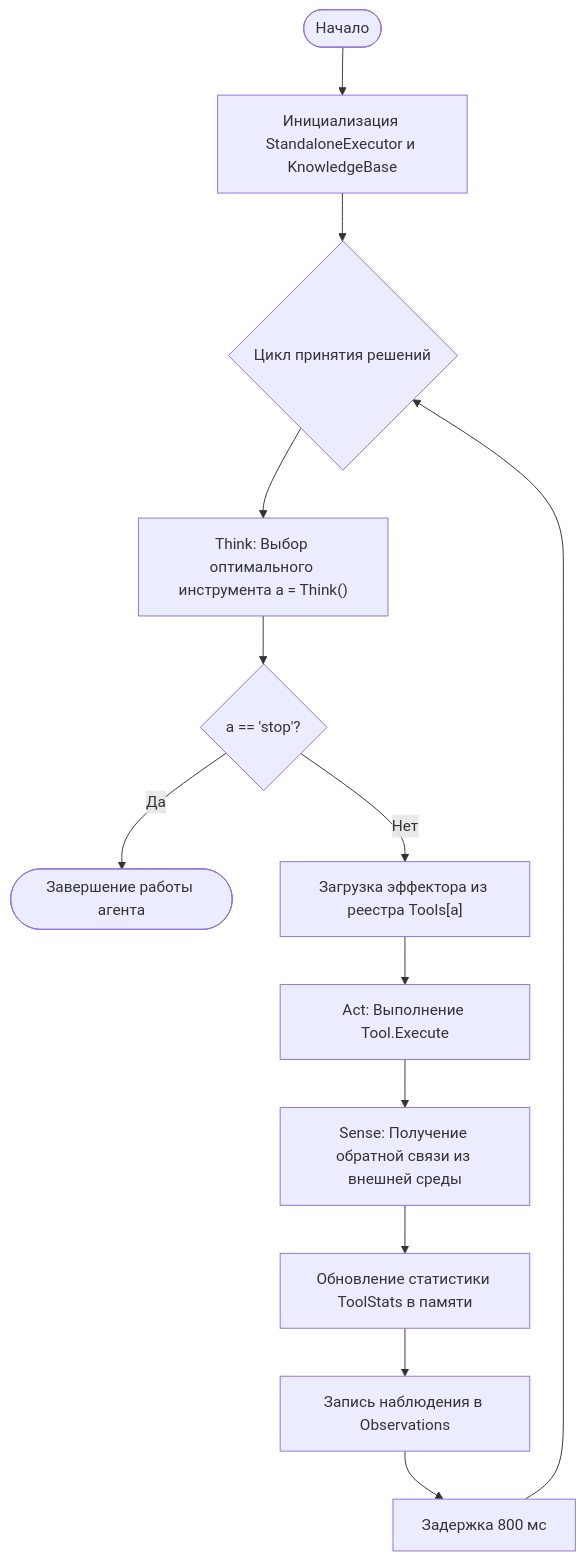
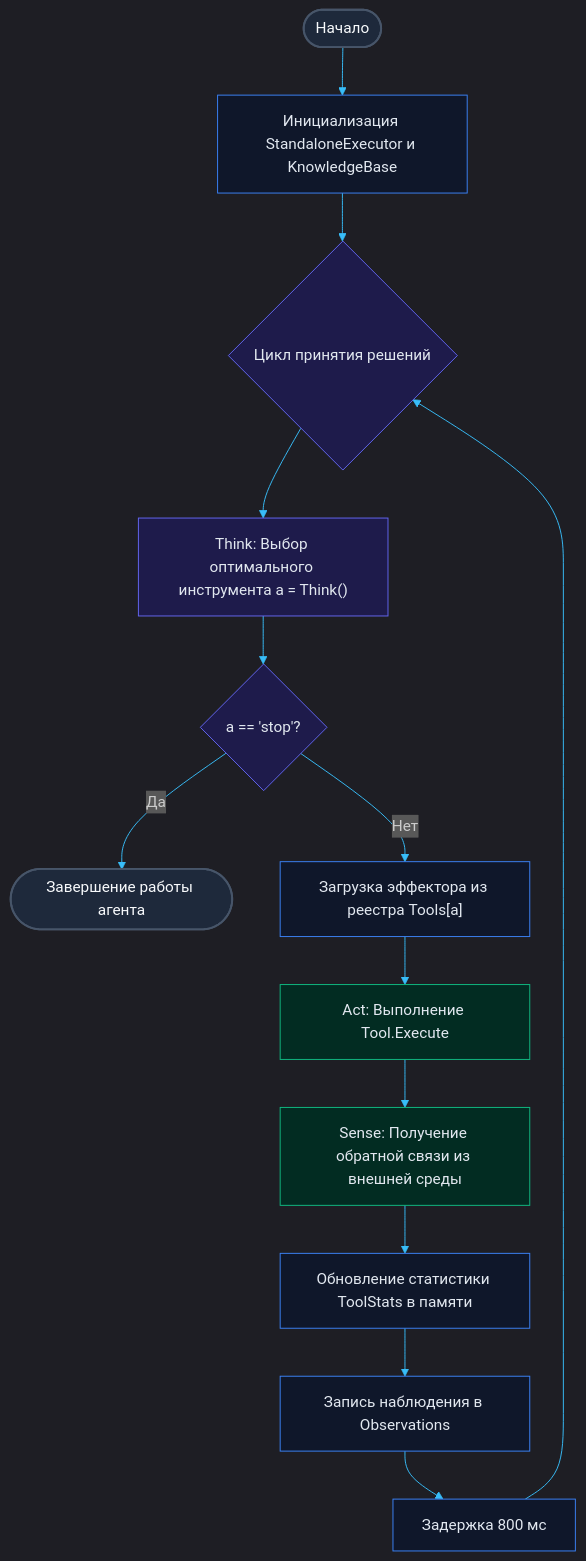
Before and after one commit to C00LN3T/Log4ShellAuditor: the second of 3 diagrams in README.md, drawn with Mermaid. The commit also changed other lines of this file and 2 other files, not shown here.

````diff
--- a/README.md
+++ b/README.md
@@ -111,25 +144,41 @@
 ```mermaid
+%%{init: {
+  'theme': 'dark',
+  'themeVariables': {
+    'background': '#0f172a',
+    'primaryColor': '#1e293b',
+    'primaryTextColor': '#cbd5e1',
+    'primaryBorderColor': '#475569',
+    'lineColor': '#38bdf8',
+    'secondaryColor': '#1e293b'
+  }
+}}%%
 flowchart TD
-    Start([Начало]) --> Init[Инициализация StandaloneExecutor и KnowledgeBase]
-    Init --> LoopStart{Цикл принятия решений}
+    classDef startEnd fill:#1e293b,stroke:#475569,stroke-width:2px,color:#f8fafc;
+    classDef step fill:#0f172a,stroke:#3b82f6,stroke-width:1px,color:#e2e8f0;
+    classDef decision fill:#1e1b4b,stroke:#6366f1,stroke-width:1px,color:#e2e8f0;
+    classDef action fill:#022c22,stroke:#10b981,stroke-width:1px,color:#e2e8f0;
+
+    Start([Начало]):::startEnd --> Init[Инициализация StandaloneExecutor и KnowledgeBase]:::step
+    Init --> LoopStart{Цикл принятия решений}:::decision
     
     %% Think Phase
-    LoopStart --> Think["Think: Выбор оптимального инструмента a = Think()"]
+    LoopStart --> Think["Think: Выбор оптимального инструмента a = Think()"]:::decision
     
     %% Branch on Stop
-    Think --> IsStop{a == 'stop'?}
-    IsStop -- Да --> Terminate([Завершение работы агента])
+    Think --> IsStop{a == 'stop'?}:::decision
+    IsStop -- Да --> Terminate([Завершение работы агента]):::startEnd
     
     %% Act Phase
-    IsStop -- Нет --> FetchTool["Загрузка эффектора из реестра Tools[a]"]
-    FetchTool --> Execute[Act: Выполнение Tool.Execute]
+    IsStop -- Нет --> FetchTool["Загрузка эффектора из реестра Tools[a]"]:::step
+    FetchTool --> Execute[Act: Выполнение Tool.Execute]:::action
     
     %% Sense Phase
-    Execute --> Sense[Sense: Получение обратной связи из внешней среды]
-    Sense --> UpdateStats[Обновление статистики ToolStats в памяти]
-    UpdateStats --> RecordObs[Запись наблюдения в Observations]
+    Execute --> Sense[Sense: Получение обратной связи из внешней среды]:::action
+    Sense --> UpdateStats[Обновление статистики ToolStats в памяти]:::step
+    UpdateStats --> RecordObs[Запись наблюдения в Observations]:::step
     
     %% Wait
-    RecordObs --> Delay[Задержка 800 мс]
+    RecordObs --> Delay[Задержка 800 мс]:::step
     Delay --> LoopStart
 ```
````
